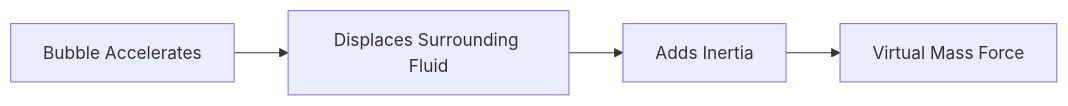
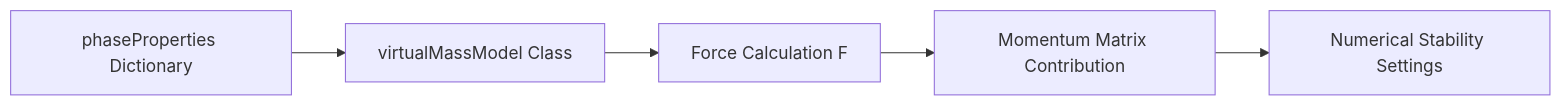
One commit to wramet/build-my-cfd changed the diagram in MODULE_04_MULTIPHASE_FUNDAMENTALS/CONTENT/04_INTERPHASE_FORCES/03_VIRTUAL_MASS/02_OpenFOAM_Implementation.md. Above: the diagram before and after it, drawn with Mermaid. The commit also changed other lines of this file and 75 other files, not shown here.

````diff
--- a/MODULE_04_MULTIPHASE_FUNDAMENTALS/CONTENT/04_INTERPHASE_FORCES/03_VIRTUAL_MASS/02_OpenFOAM_Implementation.md
+++ b/MODULE_04_MULTIPHASE_FUNDAMENTALS/CONTENT/04_INTERPHASE_FORCES/03_VIRTUAL_MASS/02_OpenFOAM_Implementation.md
@@ -11,6 +24,7 @@
 ```mermaid
 flowchart LR
-    A[Bubble Accelerates] --> B[Displaces Surrounding Fluid]
-    B --> C[Adds Inertia]
-    C --> D[Virtual Mass Force]
+    A[phaseProperties Dictionary] --> B[virtualMassModel Class]
+    B --> C[Force Calculation F]
+    C --> D[Momentum Matrix Contribution]
+    D --> E[Numerical Stability Settings]
 ```
````
